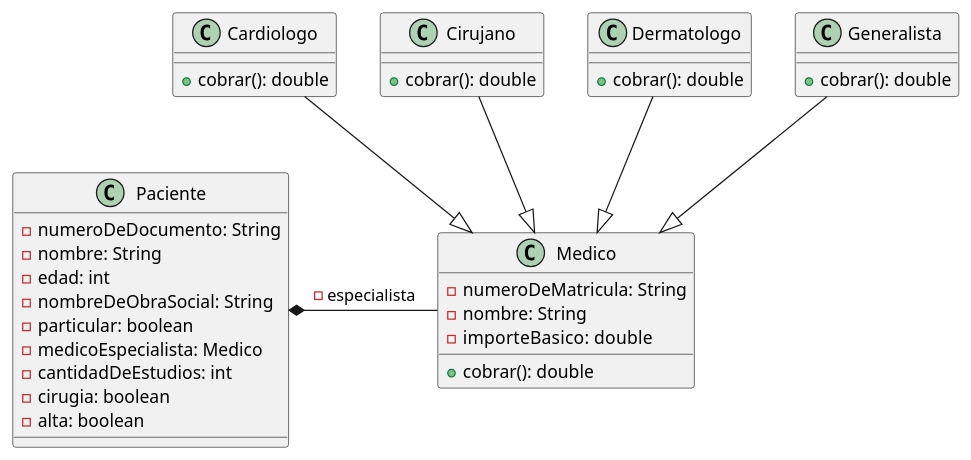
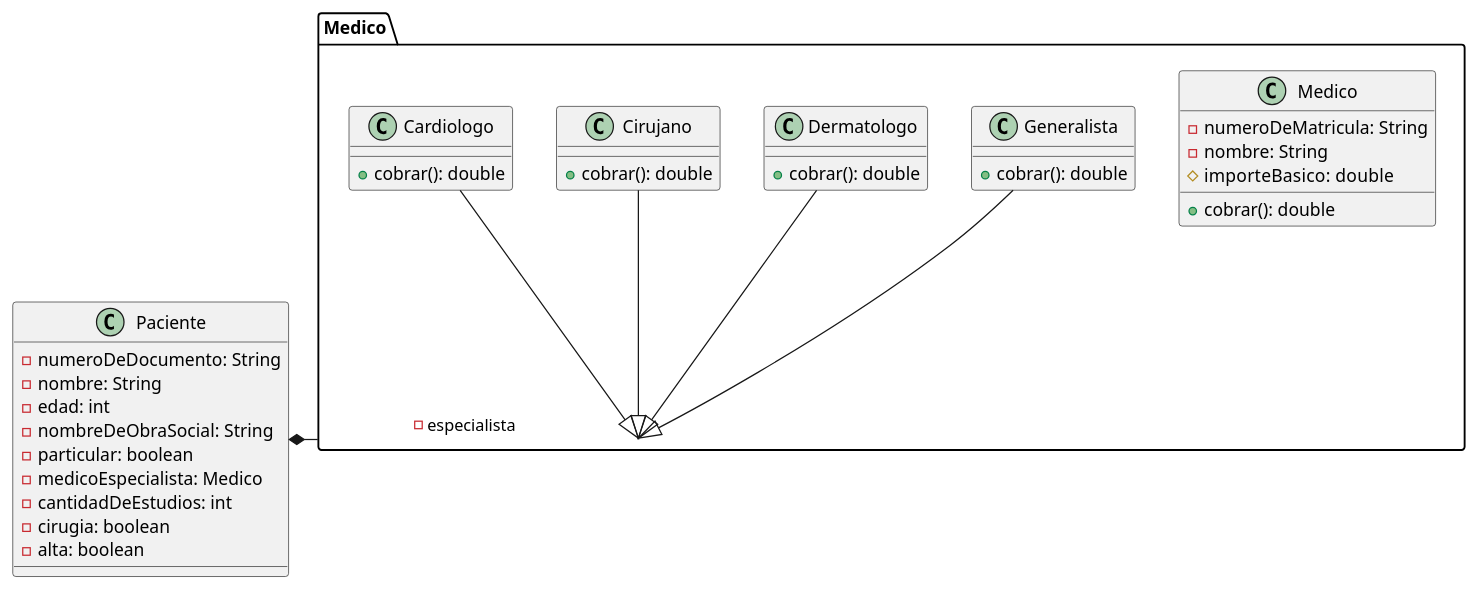
Before and after one commit to cartunduaga06/clase7y8: the diagram in src/clinic.puml, drawn with PlantUML.

Commit message:
actualizada 3

```diff
--- a/src/clinic.puml
+++ b/src/clinic.puml
@@ -1,45 +1,46 @@
 @startuml
 
 class Paciente {
 - numeroDeDocumento: String
 - nombre: String
 - edad: int
 - nombreDeObraSocial: String
 - particular: boolean
 - medicoEspecialista: Medico
 - cantidadDeEstudios: int
 - cirugia: boolean
 - alta: boolean
 }
-
+package Medico {
 class Medico {
 - numeroDeMatricula: String
 - nombre: String
-- importeBasico:  double
+# importeBasico:  double
 + cobrar(): double
 }
 
 class Cardiologo {
 
 +cobrar(): double
 }
 class Cirujano {
 +cobrar(): double
 }
 
 class Dermatologo {
 +cobrar(): double
 }
 class Generalista {
 +cobrar(): double
 }
+}
 
 
 Paciente *-right- Medico : -especialista
 Cardiologo  --|> Medico
 Cirujano  --|> Medico
 Dermatologo --|> Medico
 Generalista --|> Medico
 
 
 @enduml
```
